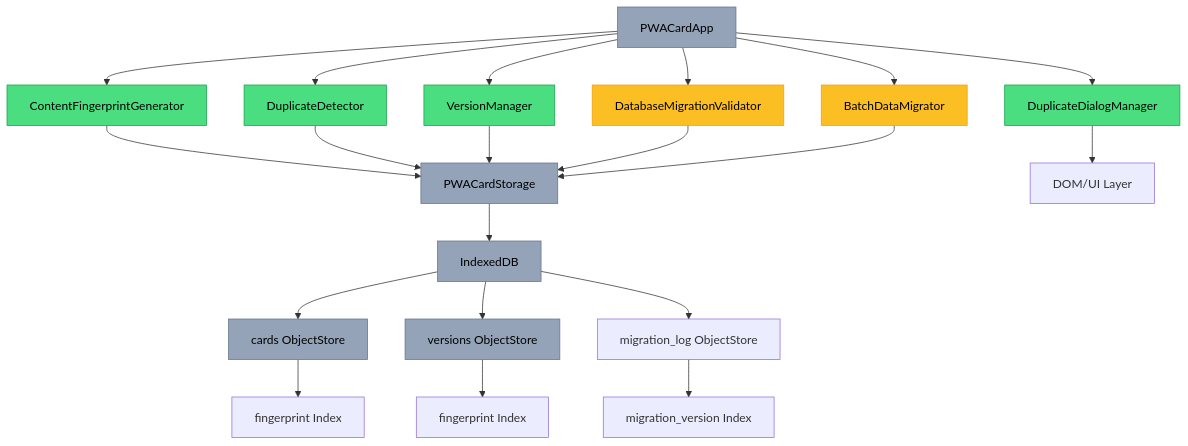
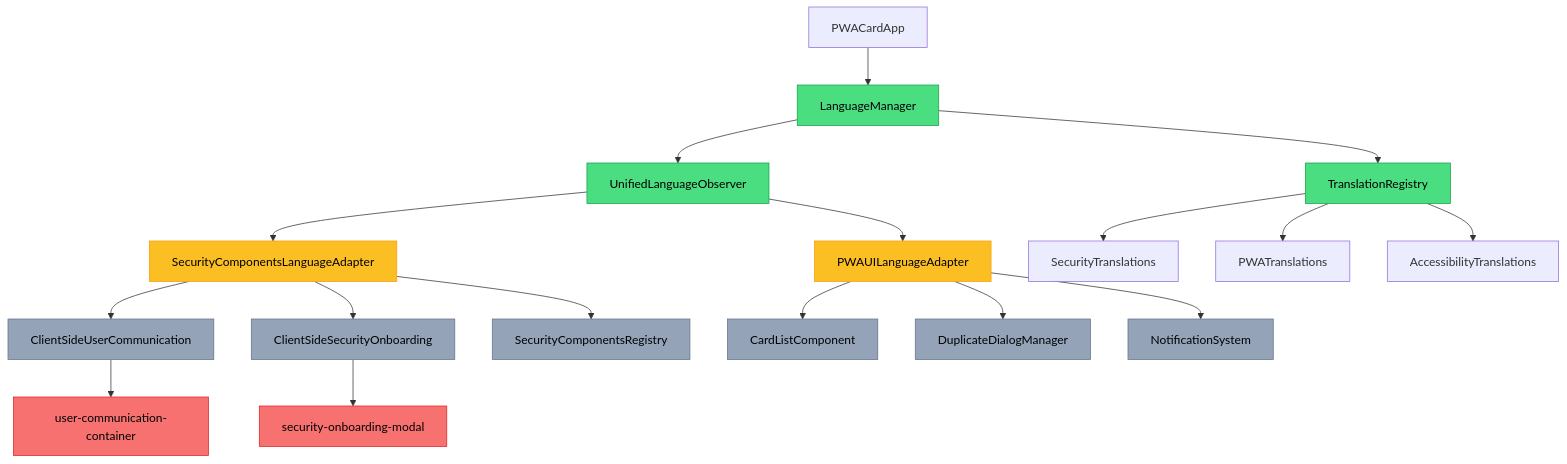
Before and after one commit to iim0663418/DB-Card: the first of 4 diagrams in docs/design.md, drawn with Mermaid. The commit also changed other lines of this file and 18 other files, not shown here.

````diff
--- a/docs/design.md
+++ b/docs/design.md
@@ -23,33 +22,33 @@
 ```mermaid
 graph TB
-    A[PWACardApp] --> B[ContentFingerprintGenerator]
-    A --> C[DuplicateDetector] 
-    A --> D[VersionManager]
-    A --> E[DuplicateDialogManager]
-    A --> F[DatabaseMigrationValidator]
-    A --> G[BatchDataMigrator]
+    A[PWACardApp] --> B[LanguageManager]
+    B --> C[UnifiedLanguageObserver]
+    C --> D[SecurityComponentsLanguageAdapter]
+    C --> E[PWAUILanguageAdapter]
     
-    B --> H[PWACardStorage]
-    C --> H
-    D --> H
-    F --> H
-    G --> H
-    E --> I[DOM/UI Layer]
+    D --> F[ClientSideUserCommunication]
+    D --> G[ClientSideSecurityOnboarding]
+    D --> H[SecurityComponentsRegistry]
     
-    H --> J[IndexedDB]
-    J --> K[cards ObjectStore]
-    J --> L[versions ObjectStore]
-    J --> M[migration_log ObjectStore]
+    E --> I[CardListComponent]
+    E --> J[DuplicateDialogManager]
+    E --> K[NotificationSystem]
     
-    K --> N[fingerprint Index]
-    L --> O[fingerprint Index]
-    M --> P[migration_version Index]
+    B --> L[TranslationRegistry]
+    L --> M[SecurityTranslations]
+    L --> N[PWATranslations]
+    L --> O[AccessibilityTranslations]
     
-    classDef implemented fill:#4ade80,stroke:#16a34a,color:#000
-    classDef pending fill:#fbbf24,stroke:#f59e0b,color:#000
-    classDef existing fill:#94a3b8,stroke:#64748b,color:#000
+    F --> P[user-communication-container]
+    G --> Q[security-onboarding-modal]
     
-    class B,C,D,E implemented
-    class F,G pending
-    class A,H,J,K,L existing
+    classDef core fill:#4ade80,stroke:#16a34a,color:#000
+    classDef adapter fill:#fbbf24,stroke:#f59e0b,color:#000
+    classDef component fill:#94a3b8,stroke:#64748b,color:#000
+    classDef container fill:#f87171,stroke:#dc2626,color:#000
+    
+    class B,C,L core
+    class D,E adapter
+    class F,G,H,I,J,K component
+    class P,Q container
 ```
````
